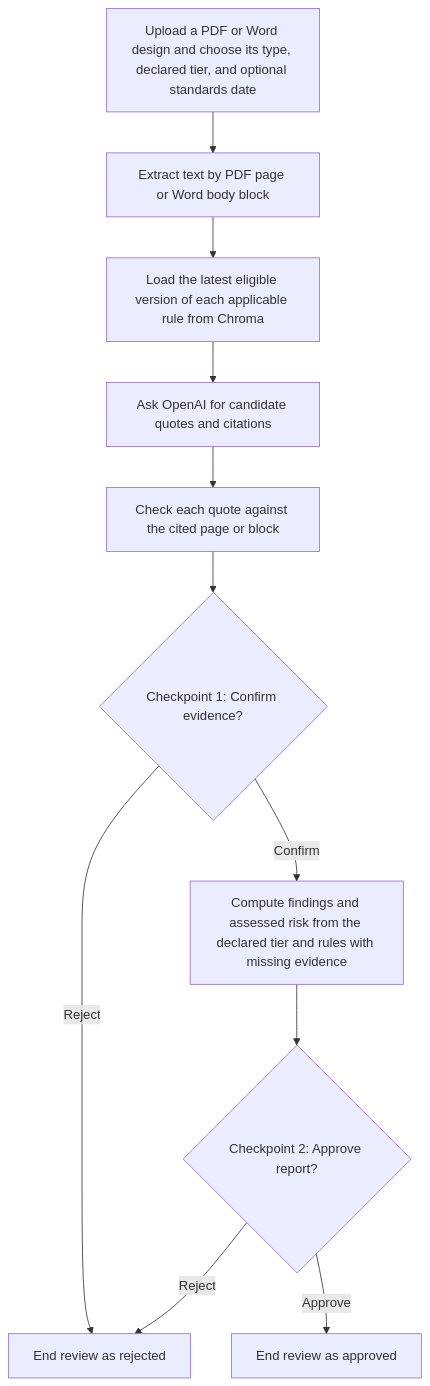
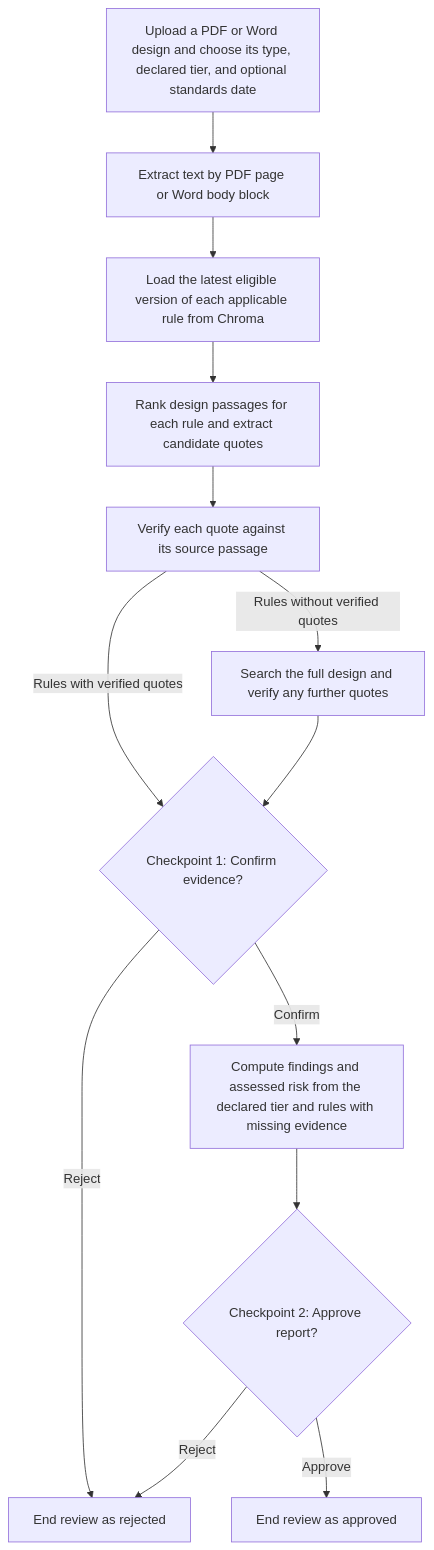
One commit to girisheduru/archgovasst changed the third of 9 diagrams in flowdiagrams.md. Above: the diagram before and after it, drawn with Mermaid. The commit also changed other lines of this file and 17 other files, not shown here.

````diff
--- a/flowdiagrams.md
+++ b/flowdiagrams.md
@@ -41,13 +41,15 @@
 ```mermaid
 flowchart TD
     Upload["Upload a PDF or Word design and choose its type, declared tier, and optional standards date"] --> Parse["Extract text by PDF page or Word body block"]
     Parse --> Rules["Load the latest eligible version of each applicable rule from Chroma"]
-    Rules --> Extract["Ask OpenAI for candidate quotes and citations"]
-    Extract --> Validate["Check each quote against the cited page or block"]
-    Validate --> Evidence{"Checkpoint 1: Confirm evidence?"}
+    Rules --> Extract["Rank design passages for each rule and extract candidate quotes"]
+    Extract --> Validate["Verify each quote against its source passage"]
+    Validate -->|"Rules without verified quotes"| Full["Search the full design and verify any further quotes"]
+    Validate -->|"Rules with verified quotes"| Evidence{"Checkpoint 1: Confirm evidence?"}
+    Full --> Evidence
     Evidence -->|"Reject"| Rejected["End review as rejected"]
     Evidence -->|"Confirm"| Policy["Compute findings and assessed risk from the declared tier and rules with missing evidence"]
     Policy --> Report{"Checkpoint 2: Approve report?"}
     Report -->|"Reject"| Rejected
     Report -->|"Approve"| Approved["End review as approved"]
 ```
````
